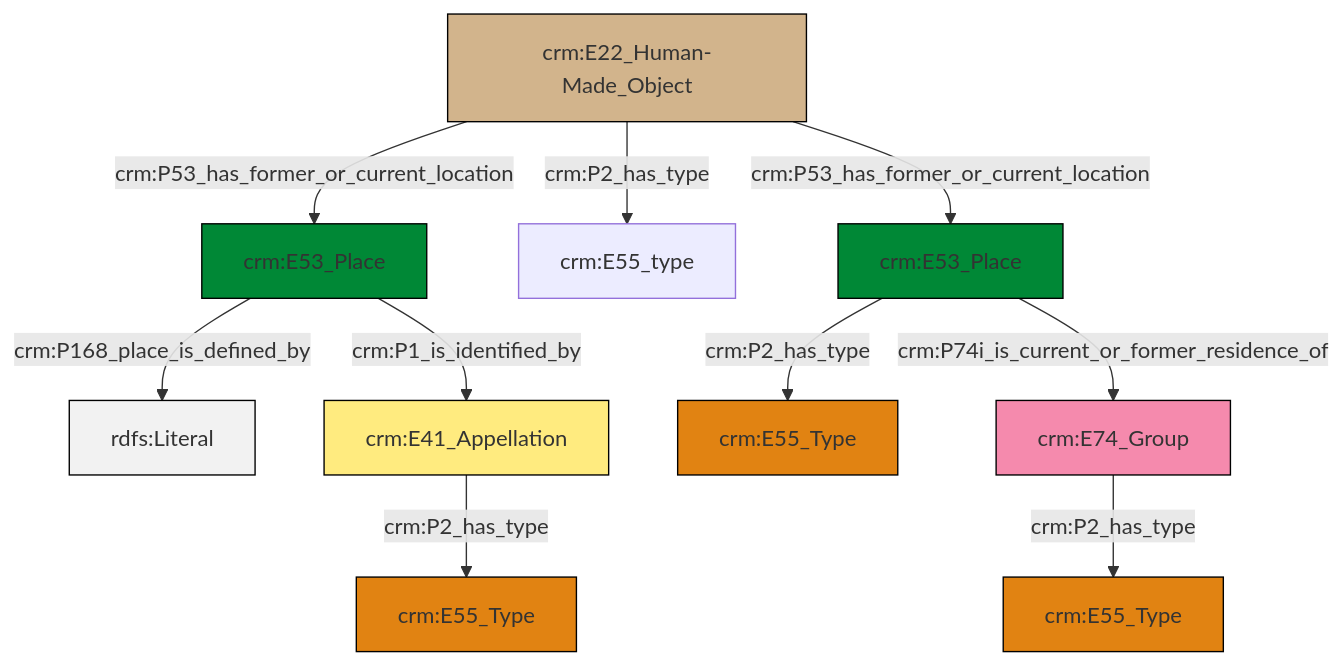
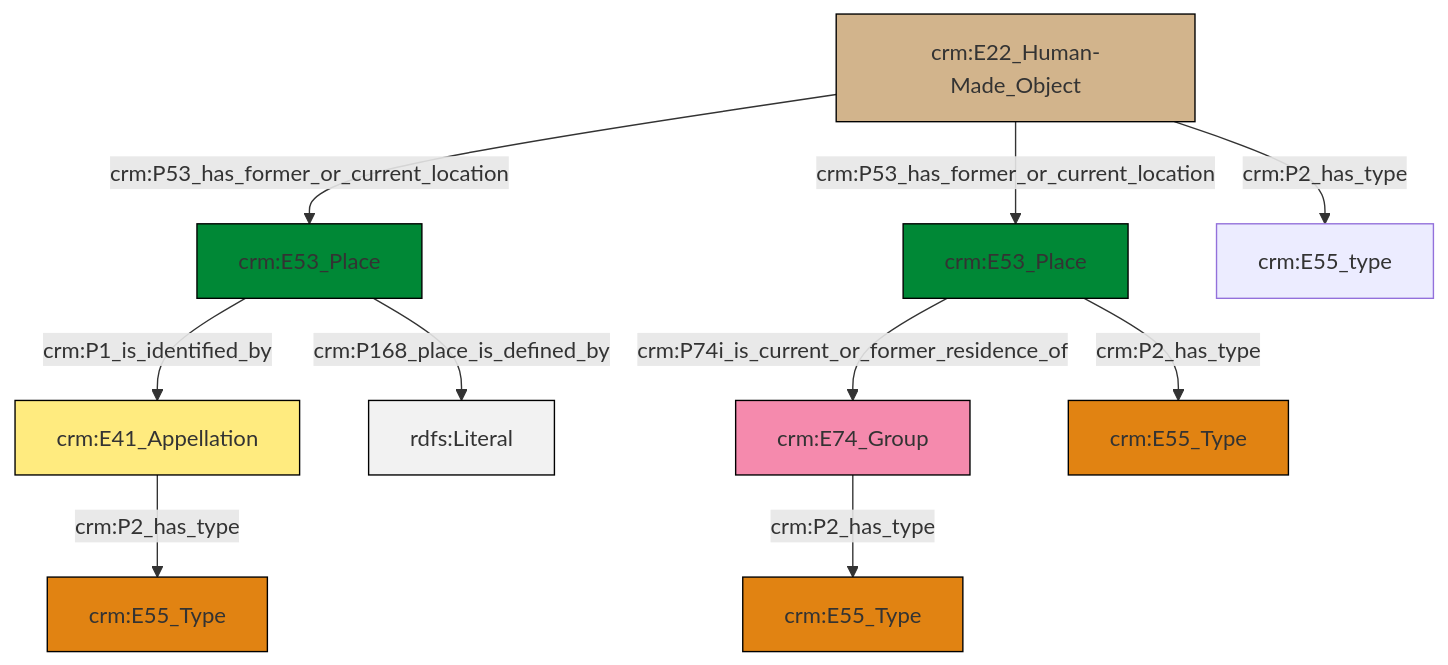
The diagram in et/artworkCSV/ttl/mmd/Artwork_Location.ttl.mmd (swiss-art-research-net/reference-data-models), drawn with Mermaid before and after one commit. The commit also changed 128 other files, not shown here.

```diff
--- a/et/artworkCSV/ttl/mmd/Artwork_Location.ttl.mmd
+++ b/et/artworkCSV/ttl/mmd/Artwork_Location.ttl.mmd
@@ -1,24 +1,24 @@
 graph TD
 classDef Literal fill:#f2f2f2,stroke:#000000;
 classDef CRM_Entity fill:#FFFFFF,stroke:#000000;
 classDef Temporal_Entity fill:#00C9E6, stroke:#000000;
 classDef Type fill:#E18312, stroke:#000000;
 classDef Time-Span fill:#2C9C91, stroke:#000000;
 classDef Appellation fill:#FFEB7F, stroke:#000000;
 classDef Place fill:#008836, stroke:#000000;
 classDef Persistent_Item fill:#B266B2, stroke:#000000;
 classDef Conceptual_Object fill:#FFD700, stroke:#000000;
 classDef Physical_Thing fill:#D2B48C, stroke:#000000;
 classDef Actor fill:#f58aad, stroke:#000000;
 classDef PC_Classes fill:#4ce600, stroke:#000000;
 classDef Multi fill:#cccccc,stroke:#000000;
 
-5["crm:E53_Place"]:::Place -->|crm:P2_has_type| 0["crm:E55_Type"]:::Type
-7["crm:E22_Human-Made_Object"]:::Physical_Thing -->|crm:P53_has_former_or_current_location| 8["crm:E53_Place"]:::Place
-5["crm:E53_Place"]:::Place -->|crm:P74i_is_current_or_former_residence_of| 11["crm:E74_Group"]:::Actor
-7["crm:E22_Human-Made_Object"]:::Physical_Thing -->|crm:P2_has_type| 12["crm:E55_type"]:::Default
-8["crm:E53_Place"]:::Place -->|crm:P168_place_is_defined_by| 14[rdfs:Literal]:::Literal
-8["crm:E53_Place"]:::Place -->|crm:P1_is_identified_by| 15["crm:E41_Appellation"]:::Appellation
-11["crm:E74_Group"]:::Actor -->|crm:P2_has_type| 9["crm:E55_Type"]:::Type
-7["crm:E22_Human-Made_Object"]:::Physical_Thing -->|crm:P53_has_former_or_current_location| 5["crm:E53_Place"]:::Place
-15["crm:E41_Appellation"]:::Appellation -->|crm:P2_has_type| 2["crm:E55_Type"]:::Type
+8["crm:E22_Human-Made_Object"]:::Physical_Thing -->|crm:P53_has_former_or_current_location| 9["crm:E53_Place"]:::Place
+9["crm:E53_Place"]:::Place -->|crm:P1_is_identified_by| 6["crm:E41_Appellation"]:::Appellation
+8["crm:E22_Human-Made_Object"]:::Physical_Thing -->|crm:P53_has_former_or_current_location| 14["crm:E53_Place"]:::Place
+0["crm:E74_Group"]:::Actor -->|crm:P2_has_type| 4["crm:E55_Type"]:::Type
+9["crm:E53_Place"]:::Place -->|crm:P168_place_is_defined_by| 20[rdfs:Literal]:::Literal
+14["crm:E53_Place"]:::Place -->|crm:P74i_is_current_or_former_residence_of| 0["crm:E74_Group"]:::Actor
+14["crm:E53_Place"]:::Place -->|crm:P2_has_type| 11["crm:E55_Type"]:::Type
+6["crm:E41_Appellation"]:::Appellation -->|crm:P2_has_type| 2["crm:E55_Type"]:::Type
+8["crm:E22_Human-Made_Object"]:::Physical_Thing -->|crm:P2_has_type| 15["crm:E55_type"]:::Default
```
